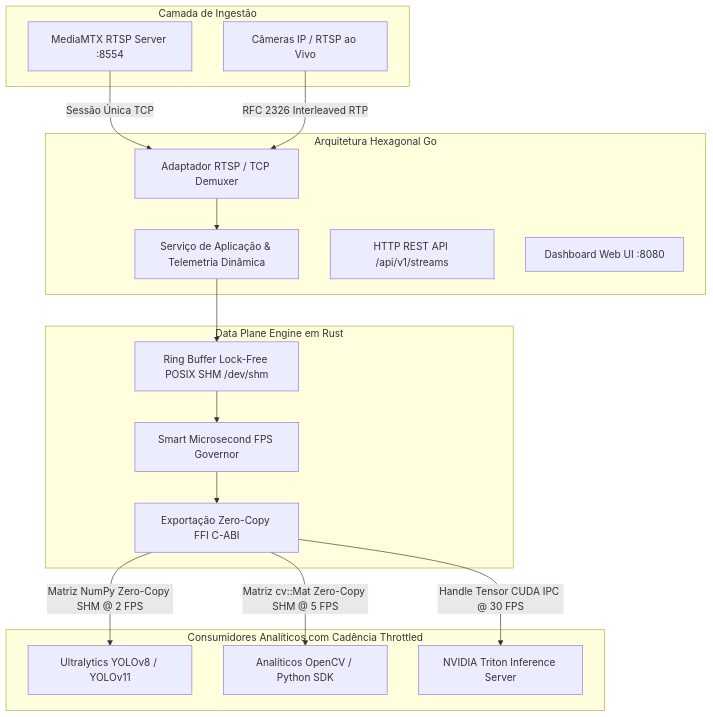
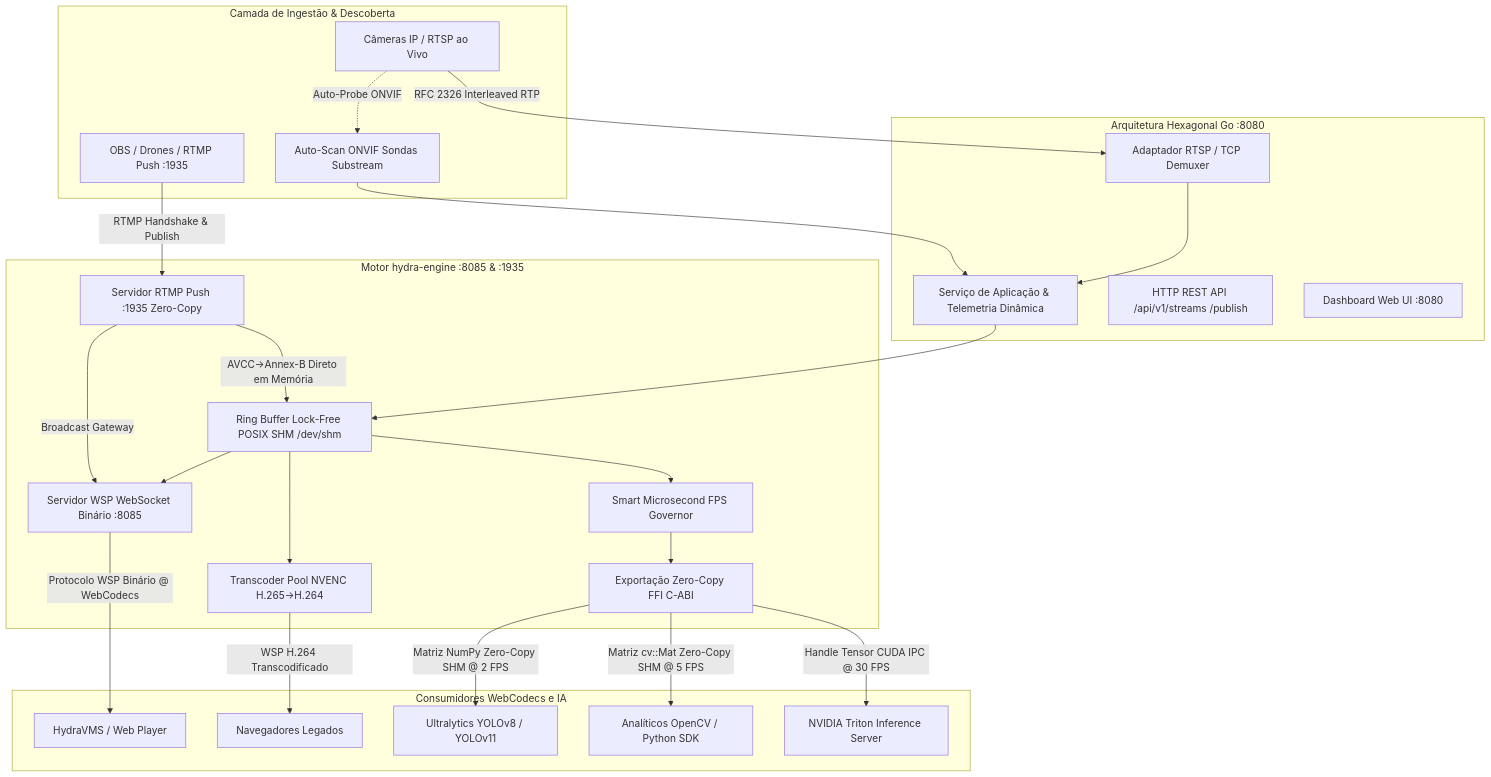
Before and after one commit to eduardomdalmaso/HydraStream: the diagram in README.pt-BR.md, drawn with Mermaid. The commit also changed other lines of this file and 40 other files, not shown here.

Commit message:
feat: implement native Rust transport engine and Go diagnostics handlers

````diff
--- a/README.pt-BR.md
+++ b/README.pt-BR.md
@@ -43,33 +46,45 @@
 ```mermaid
 flowchart TD
-    subgraph Stream Ingress [Camada de Ingestão]
-        MediaMTX[MediaMTX RTSP Server :8554]
+    subgraph Stream Ingress [Camada de Ingestão & Descoberta]
         IPCam[Câmeras IP / RTSP ao Vivo]
+        RTMP_Pub[OBS / Drones / RTMP Push :1935]
+        ONVIF_Scan[Auto-Scan ONVIF Sondas Substream]
     end
 
-    subgraph Go Control Plane [Arquitetura Hexagonal Go]
+    subgraph Go Control Plane [Arquitetura Hexagonal Go :8080]
         IngestAdapter[Adaptador RTSP / TCP Demuxer]
         StreamService[Serviço de Aplicação & Telemetria Dinâmica]
-        RESTRouter[HTTP REST API /api/v1/streams]
+        RESTRouter[HTTP REST API /api/v1/streams /publish]
         WebUI[Dashboard Web UI :8080]
     end
 
-    subgraph Rust Data Plane [Data Plane Engine em Rust]
+    subgraph Rust Data Plane [Motor hydra-engine :8085 & :1935]
+        RTMPServer[Servidor RTMP Push :1935 Zero-Copy]
+        WSPServer[Servidor WSP WebSocket Binário :8085]
+        NVENC_Pool[Transcoder Pool NVENC H.265->H.264]
         SHM_Ring[Ring Buffer Lock-Free POSIX SHM /dev/shm]
         Gov[Smart Microsecond FPS Governor]
         FFI[Exportação Zero-Copy FFI C-ABI]
     end
 
-    MediaMTX -->|Sessão Única TCP| IngestAdapter
     IPCam -->|RFC 2326 Interleaved RTP| IngestAdapter
+    IPCam -.->|Auto-Probe ONVIF| ONVIF_Scan
+    RTMP_Pub -->|RTMP Handshake & Publish| RTMPServer
+    RTMPServer -->|AVCC->Annex-B Direto em Memória| SHM_Ring
+    RTMPServer -->|Broadcast Gateway| WSPServer
+    ONVIF_Scan --> StreamService
     IngestAdapter --> StreamService
     StreamService --> SHM_Ring
+    SHM_Ring --> WSPServer
+    SHM_Ring --> NVENC_Pool
     SHM_Ring --> Gov
     Gov --> FFI
 
-    subgraph Analytics Consumers [Consumidores Analíticos com Cadência Throttled]
+    subgraph Clients and Analytics [Consumidores WebCodecs e IA]
+        WSPServer -->|Protocolo WSP Binário @ WebCodecs| HydraVMS[HydraVMS / Web Player]
+        NVENC_Pool -->|WSP H.264 Transcodificado| WebBrowsers[Navegadores Legados]
         FFI -->|Matriz NumPy Zero-Copy SHM @ 2 FPS| PythonYOLO[Ultralytics YOLOv8 / YOLOv11]
         FFI -->|Matriz cv::Mat Zero-Copy SHM @ 5 FPS| OpenCV[Analíticos OpenCV / Python SDK]
         FFI -->|Handle Tensor CUDA IPC @ 30 FPS| Triton[NVIDIA Triton Inference Server]
     end
 ```
````
